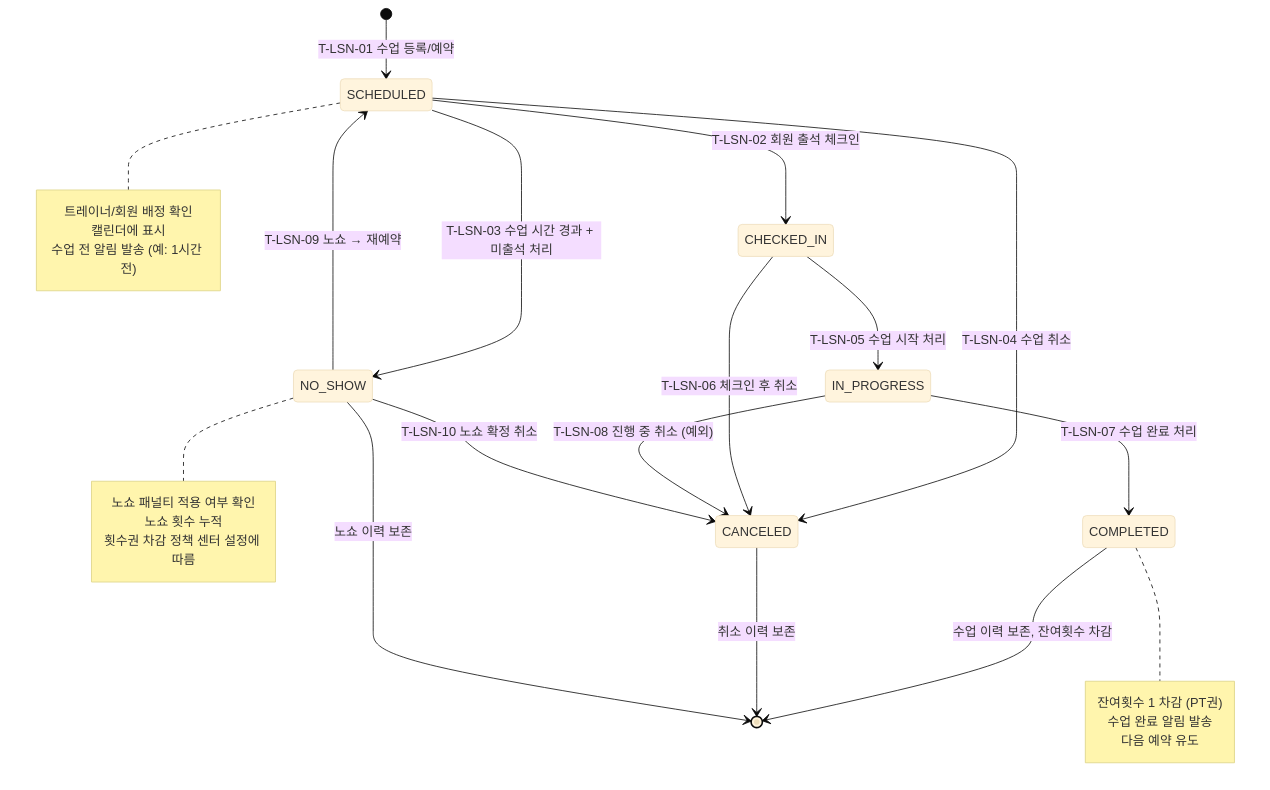
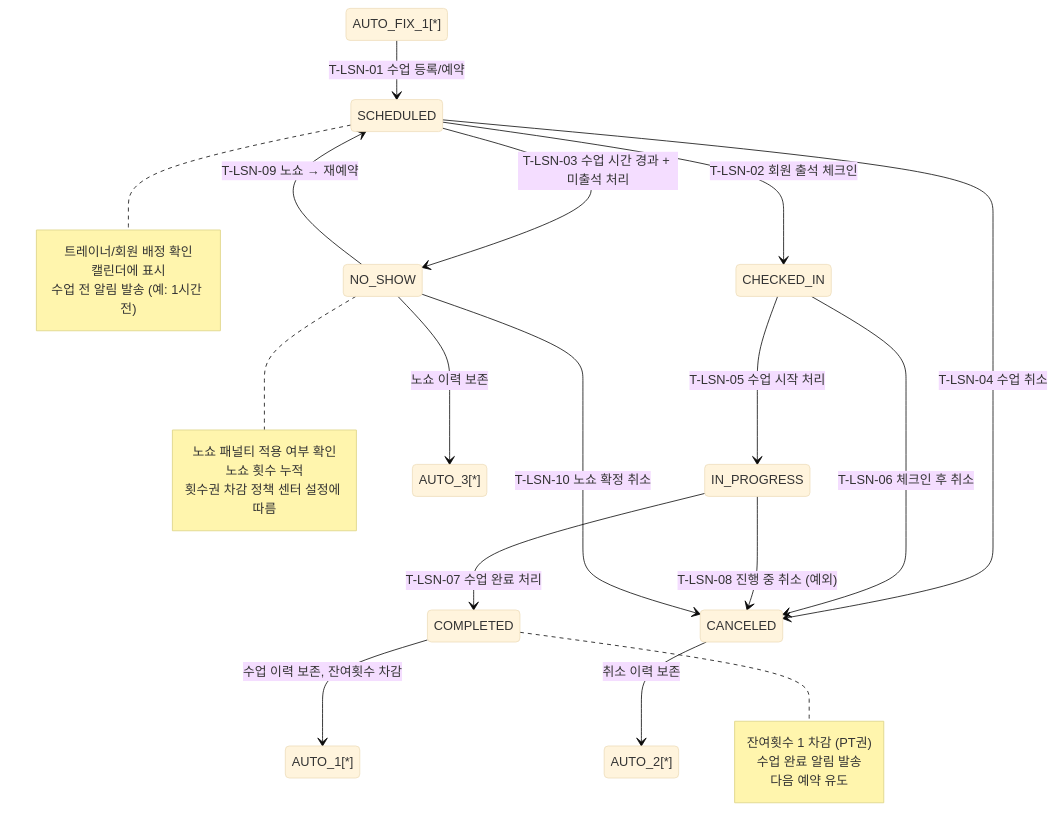
One commit to dev-spogym/admin-pando changed the diagram in docs/admin/다이어그램/20_상태전이도/20-05_LessonStatus.md. Above: the diagram before and after it, drawn with Mermaid (base theme). The commit also changed 369 other files, not shown here.

````diff
--- a/docs/admin/다이어그램/20_상태전이도/20-05_LessonStatus.md
+++ b/docs/admin/다이어그램/20_상태전이도/20-05_LessonStatus.md
@@ -33,39 +33,39 @@
 ```mermaid
 stateDiagram-v2
-    [*] --> SCHEDULED : T-LSN-01 수업 등록/예약
+    AUTO_FIX_1[*] --> SCHEDULED : T-LSN-01 수업 등록/예약
 
     SCHEDULED --> CHECKED_IN : T-LSN-02 회원 출석 체크인
     SCHEDULED --> NO_SHOW : T-LSN-03 수업 시간 경과 + 미출석 처리
     SCHEDULED --> CANCELED : T-LSN-04 수업 취소
 
     CHECKED_IN --> IN_PROGRESS : T-LSN-05 수업 시작 처리
     CHECKED_IN --> CANCELED : T-LSN-06 체크인 후 취소
 
     IN_PROGRESS --> COMPLETED : T-LSN-07 수업 완료 처리
     IN_PROGRESS --> CANCELED : T-LSN-08 진행 중 취소 (예외)
 
     NO_SHOW --> SCHEDULED : T-LSN-09 노쇼 → 재예약
     NO_SHOW --> CANCELED : T-LSN-10 노쇼 확정 취소
 
-    COMPLETED --> [*] : 수업 이력 보존, 잔여횟수 차감
-    CANCELED --> [*] : 취소 이력 보존
-    NO_SHOW --> [*] : 노쇼 이력 보존
+    COMPLETED --> AUTO_1[*] : 수업 이력 보존, 잔여횟수 차감
+    CANCELED --> AUTO_2[*] : 취소 이력 보존
+    NO_SHOW --> AUTO_3[*] : 노쇼 이력 보존
 
     note right of SCHEDULED
         트레이너/회원 배정 확인
         캘린더에 표시
         수업 전 알림 발송 (예: 1시간 전)
     end note
 
     note right of COMPLETED
         잔여횟수 1 차감 (PT권)
         수업 완료 알림 발송
         다음 예약 유도
     end note
 
     note right of NO_SHOW
         노쇼 패널티 적용 여부 확인
         노쇼 횟수 누적
         횟수권 차감 정책 센터 설정에 따름
     end note
 ```
````
